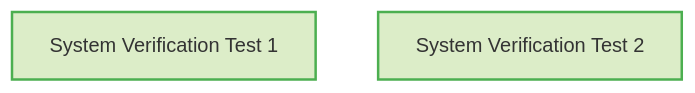
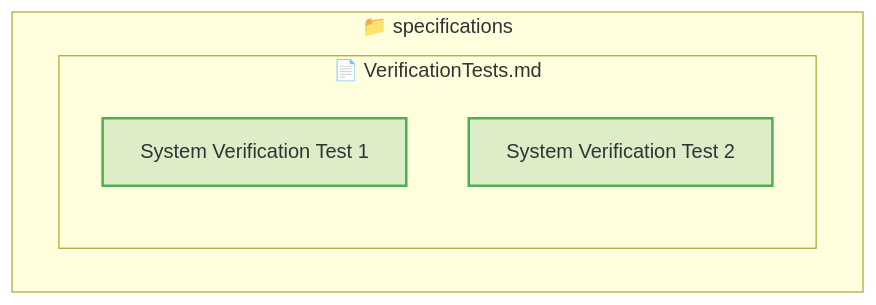
One commit to reqvire-org/reqvire changed the first of 2 diagrams in tests/test-diagram-generation/expected/VerificationTests.md. Above: the diagram before and after it, drawn with Mermaid. The commit also changed 16 other files, not shown here.

First line of the commit message:
Add containment structure to all mermaid diagrams

````diff
--- a/tests/test-diagram-generation/expected/VerificationTests.md
+++ b/tests/test-diagram-generation/expected/VerificationTests.md
@@ -3,16 +3,22 @@
 ```mermaid
 graph TD;
   %% REQVIRE-AUTOGENERATED-DIAGRAM
   %% Graph styling
   classDef userRequirement fill:#D1C4E9,stroke:#7E57C2,stroke-width:2px;
   classDef systemRequirement fill:#E1D8EE,stroke:#673AB7,stroke-width:1.5px;
   classDef verification fill:#DCEDC8,stroke:#4CAF50,stroke-width:2px;
+  classDef folder fill:#FAFAFA,stroke:#9E9E9E,stroke-width:3px;
+  classDef file fill:#FFF8E1,stroke:#FFCA28,stroke-width:2px;
   classDef default fill:#F5F5F5,stroke:#424242,stroke-width:1.5px;
 
-  73e63ed391cfc4bf["System Verification Test 1"];
-  class 73e63ed391cfc4bf verification;
-  click 73e63ed391cfc4bf "VerificationTests.md#system-verification-test-1";
-  f0a7f5fab3da59bf["System Verification Test 2"];
-  class f0a7f5fab3da59bf verification;
-  click f0a7f5fab3da59bf "VerificationTests.md#system-verification-test-2";
+  subgraph b4c308bac4df6d65["📁 specifications"]
+    subgraph e020853b49324636["📄 VerificationTests.md"]
+      73e63ed391cfc4bf["System Verification Test 1"];
+      class 73e63ed391cfc4bf verification;
+      click 73e63ed391cfc4bf "VerificationTests.md#system-verification-test-1";
+      f0a7f5fab3da59bf["System Verification Test 2"];
+      class f0a7f5fab3da59bf verification;
+      click f0a7f5fab3da59bf "VerificationTests.md#system-verification-test-2";
+    end
+  end
 ```
````
